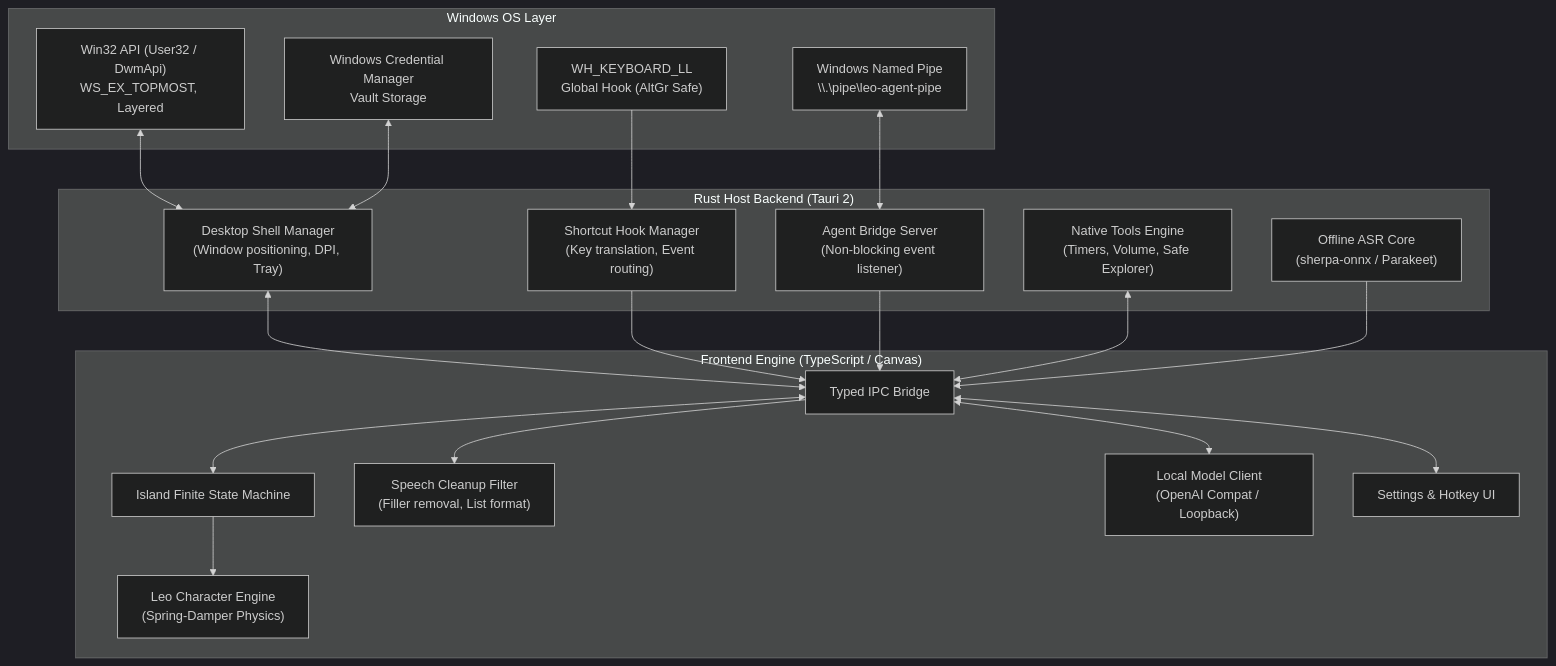
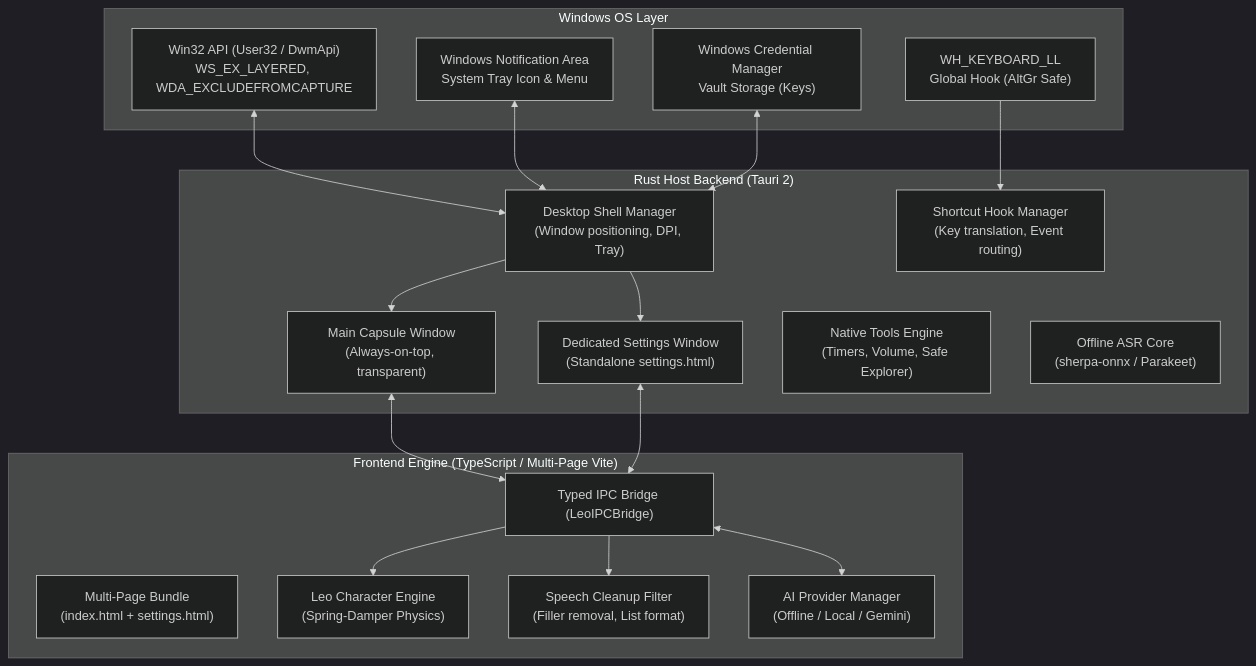
One commit to CoderBuddy-ops/Leo changed the diagram in docs/architecture/ARCHITECTURE.md. Above: the diagram before and after it, drawn with Mermaid (dark theme). The commit also changed other lines of this file and 47 other files, not shown here.

Commit message:
feat: initialize project with documentation, core Tauri setup, and IPC architecture

````diff
--- a/docs/architecture/ARCHITECTURE.md
+++ b/docs/architecture/ARCHITECTURE.md
@@ -13,43 +14,41 @@
 ```mermaid
 graph TD
     subgraph "Windows OS Layer"
-        WIN32_WIN["Win32 API (User32 / DwmApi)<br>WS_EX_TOPMOST, Layered"]
+        WIN32_WIN["Win32 API (User32 / DwmApi)<br>WS_EX_LAYERED, WDA_EXCLUDEFROMCAPTURE"]
+        TRAY["Windows Notification Area<br>System Tray Icon & Menu"]
         KBD_HOOK["WH_KEYBOARD_LL<br>Global Hook (AltGr Safe)"]
-        NAMED_PIPE["Windows Named Pipe<br>\\.\pipe\leo-agent-pipe"]
-        CRED_MGR["Windows Credential Manager<br>Vault Storage"]
+        CRED_MGR["Windows Credential Manager<br>Vault Storage (Keys)"]
     end
 
     subgraph "Rust Host Backend (Tauri 2)"
         SHELL_MGR["Desktop Shell Manager<br>(Window positioning, DPI, Tray)"]
+        WIN_MAIN["Main Capsule Window<br>(Always-on-top, transparent)"]
+        WIN_SETTINGS["Dedicated Settings Window<br>(Standalone settings.html)"]
         HOOK_MGR["Shortcut Hook Manager<br>(Key translation, Event routing)"]
-        PIPE_SRV["Agent Bridge Server<br>(Non-blocking event listener)"]
         NATIVE_TOOLS["Native Tools Engine<br>(Timers, Volume, Safe Explorer)"]
         ASR_CORE["Offline ASR Core<br>(sherpa-onnx / Parakeet)"]
     end
 
-    subgraph "Frontend Engine (TypeScript / Canvas)"
-        BRIDGE["Typed IPC Bridge"]
-        FSM["Island Finite State Machine"]
+    subgraph "Frontend Engine (TypeScript / Multi-Page Vite)"
+        VITE_BUNDLE["Multi-Page Bundle<br>(index.html + settings.html)"]
+        BRIDGE["Typed IPC Bridge (LeoIPCBridge)"]
         CANVAS_FACE["Leo Character Engine<br>(Spring-Damper Physics)"]
         CLEANUP_ENG["Speech Cleanup Filter<br>(Filler removal, List format)"]
-        MODEL_CLIENT["Local Model Client<br>(OpenAI Compat / Loopback)"]
-        SETTINGS_UI["Settings & Hotkey UI"]
+        AI_MGR["AI Provider Manager<br>(Offline / Local / Gemini)"]
     end
 
     WIN32_WIN <--> SHELL_MGR
+    TRAY <--> SHELL_MGR
     KBD_HOOK --> HOOK_MGR
-    NAMED_PIPE <--> PIPE_SRV
     CRED_MGR <--> SHELL_MGR
 
-    SHELL_MGR <--> BRIDGE
-    HOOK_MGR --> BRIDGE
-    PIPE_SRV --> BRIDGE
-    NATIVE_TOOLS <--> BRIDGE
-    ASR_CORE --> BRIDGE
+    SHELL_MGR --> WIN_MAIN
+    SHELL_MGR --> WIN_SETTINGS
 
-    BRIDGE <--> FSM
-    FSM --> CANVAS_FACE
+    WIN_MAIN <--> BRIDGE
+    WIN_SETTINGS <--> BRIDGE
+
+    BRIDGE --> CANVAS_FACE
     BRIDGE --> CLEANUP_ENG
-    BRIDGE <--> MODEL_CLIENT
-    BRIDGE <--> SETTINGS_UI
+    BRIDGE <--> AI_MGR
 ```
````
